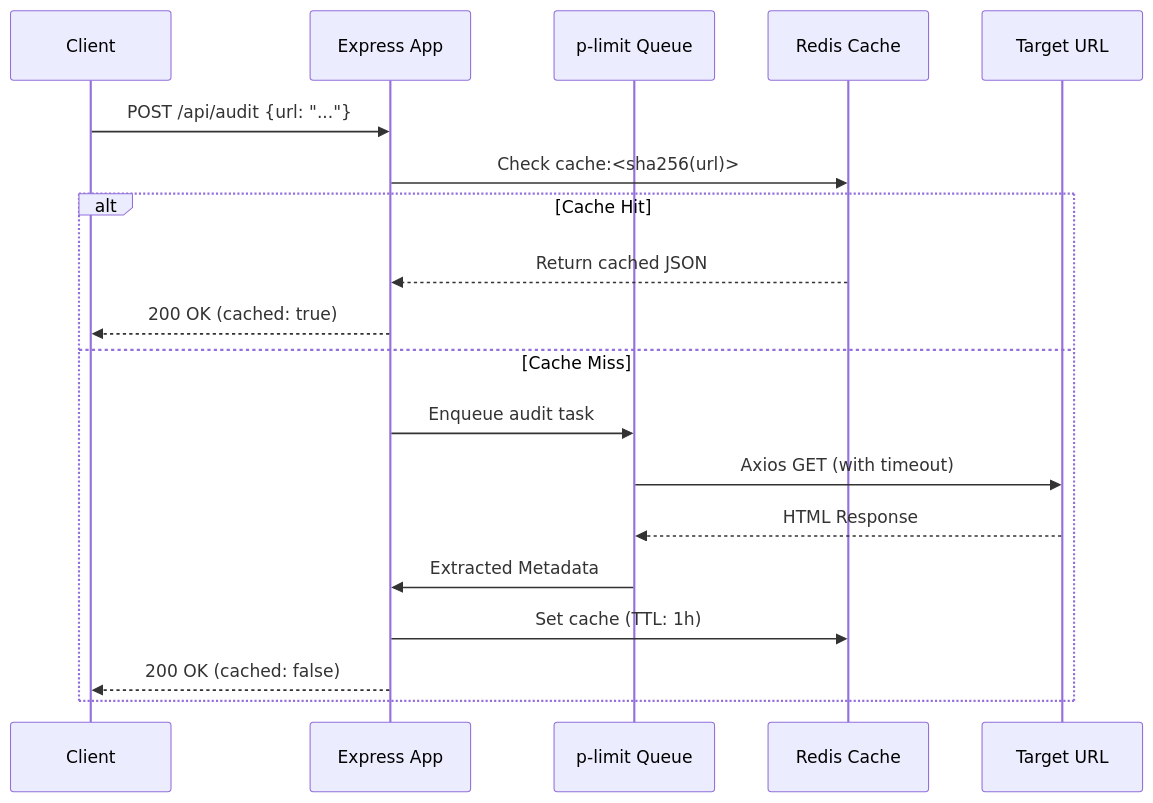
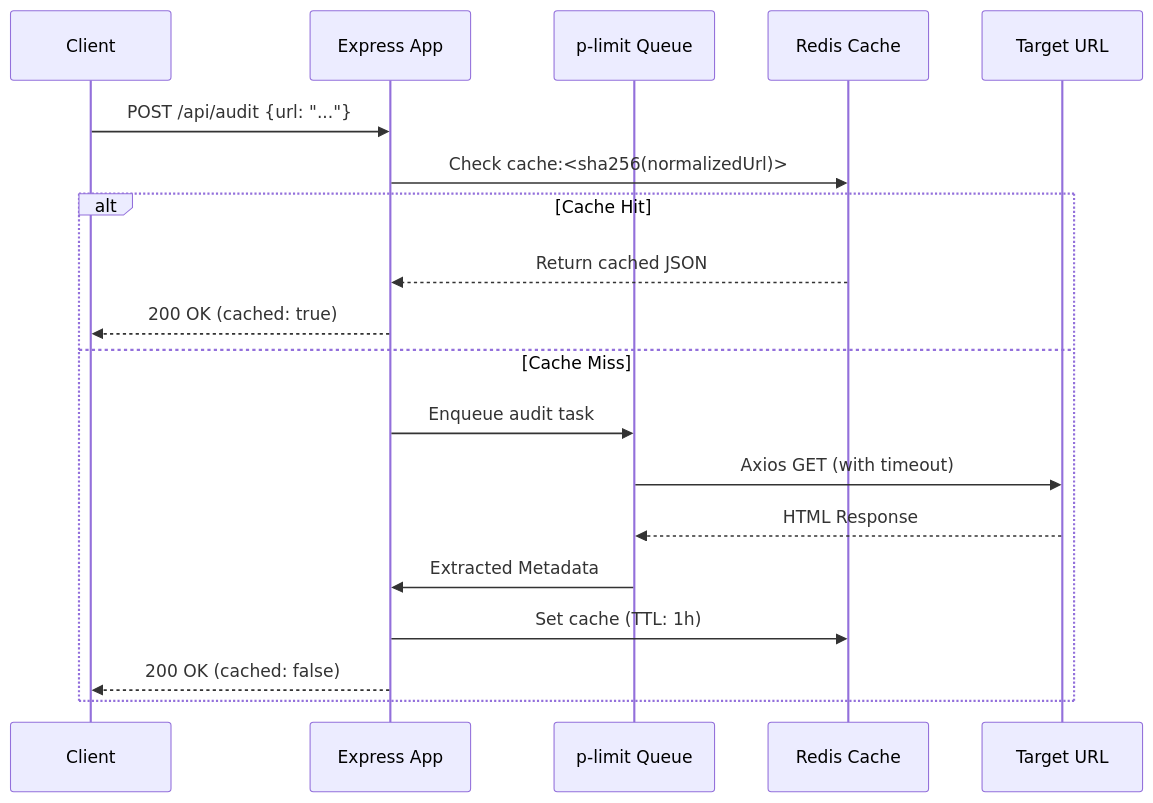
The diagram in README.md (Aarush85/page-pulse-api), drawn with Mermaid before and after one commit. The commit also changed other lines of this file and 3 other files, not shown here.

````diff
--- a/README.md
+++ b/README.md
@@ -38,23 +38,23 @@
 ```mermaid
 sequenceDiagram
     participant Client
     participant Express as Express App
     participant Limiter as p-limit Queue
     participant Redis as Redis Cache
     participant Target as Target URL
     
     Client->>Express: POST /api/audit {url: "..."}
-    Express->>Redis: Check cache:<sha256(url)>
+    Express->>Redis: Check cache:<sha256(normalizedUrl)>
     
     alt Cache Hit
         Redis-->>Express: Return cached JSON
         Express-->>Client: 200 OK (cached: true)
     else Cache Miss
         Express->>Limiter: Enqueue audit task
         Limiter->>Target: Axios GET (with timeout)
         Target-->>Limiter: HTML Response
         Limiter->>Express: Extracted Metadata
         Express->>Redis: Set cache (TTL: 1h)
         Express-->>Client: 200 OK (cached: false)
     end
 ```
````
